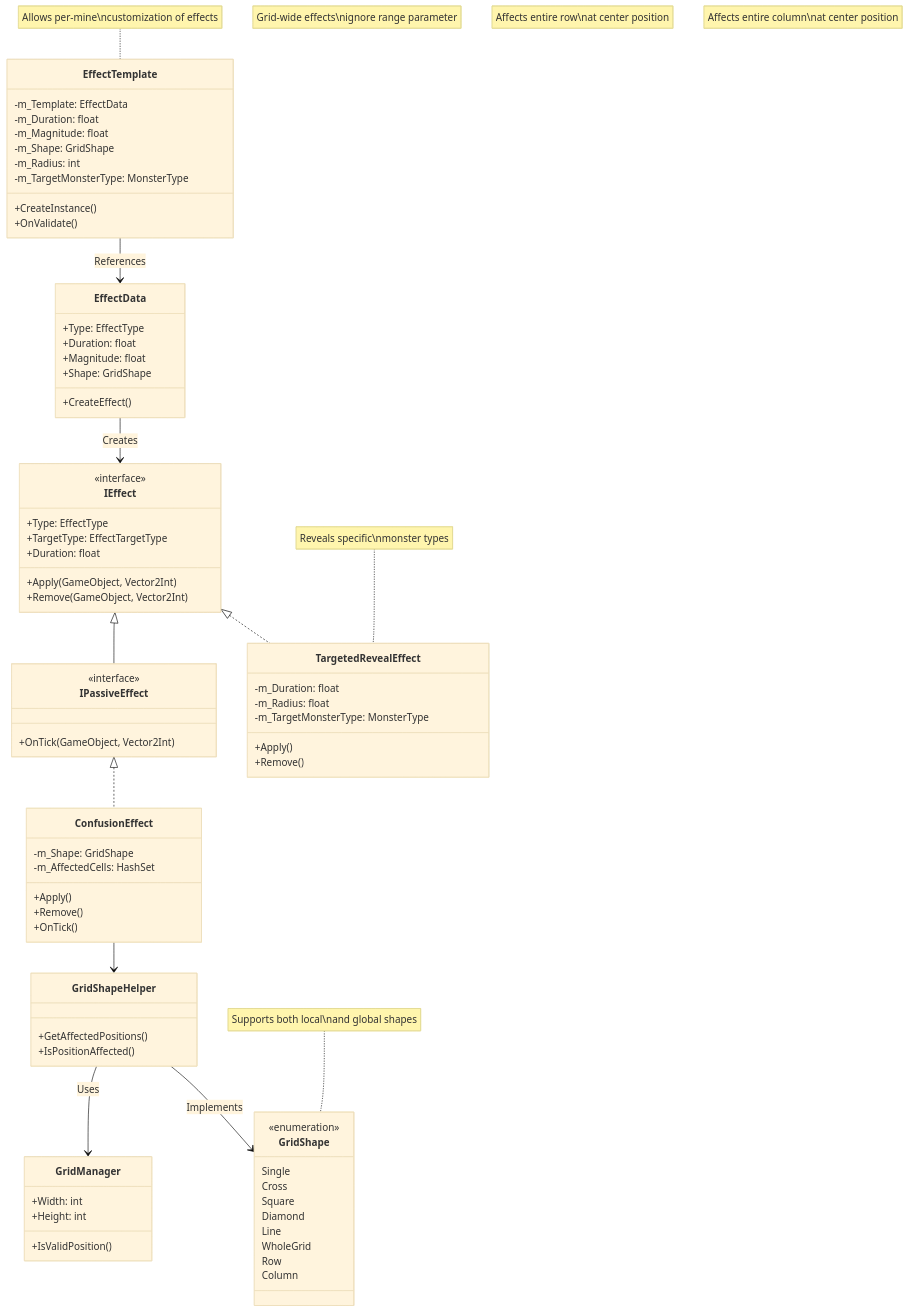
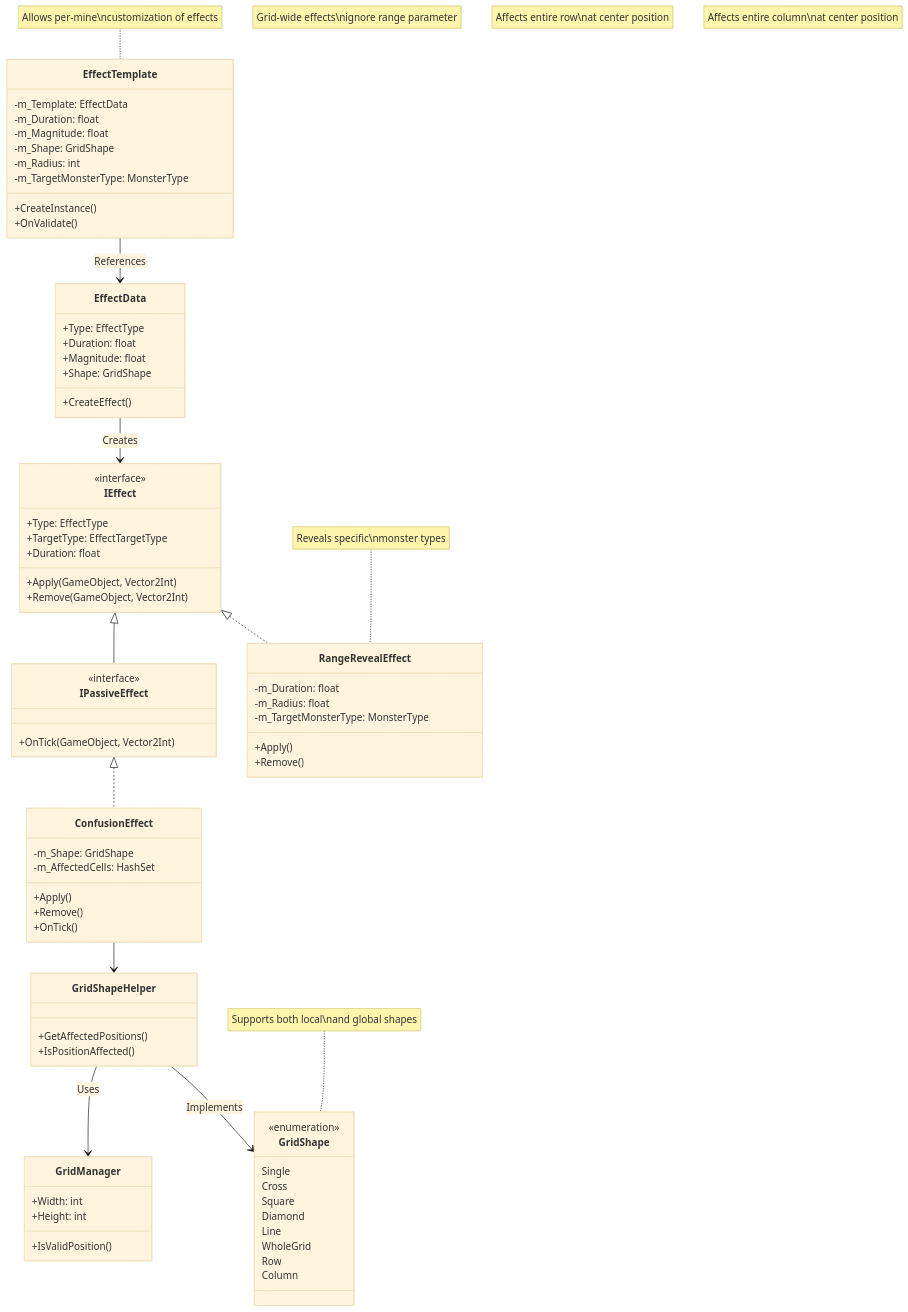
Before and after one commit to Coelancanth/RPGSweeper: the first of 3 diagrams in Assets/Docs/Architecture.md, drawn with Mermaid (base theme). The commit also changed other lines of this file and 29 other files, not shown here.

````diff
--- a/Assets/Docs/Architecture.md
+++ b/Assets/Docs/Architecture.md
@@ -2,80 +2,80 @@
 ```mermaid
 classDiagram
 class IEffect {
 <<interface>>
 +Type: EffectType
 +TargetType: EffectTargetType
 +Duration: float
 +Apply(GameObject, Vector2Int)
 +Remove(GameObject, Vector2Int)
 }
 class IPassiveEffect {
 <<interface>>
 +OnTick(GameObject, Vector2Int)
 }
 class EffectTemplate {
 -m_Template: EffectData
 -m_Duration: float
 -m_Magnitude: float
 -m_Shape: GridShape
 -m_Radius: int
 -m_TargetMonsterType: MonsterType
 +CreateInstance()
 +OnValidate()
 }
 class EffectData {
 +Type: EffectType
 +Duration: float
 +Magnitude: float
 +Shape: GridShape
 +CreateEffect()
 }
 class GridShape {
 <<enumeration>>
 Single
 Cross
 Square
 Diamond
 Line
 WholeGrid
 Row
 Column
 }
 class GridShapeHelper {
 +GetAffectedPositions()
 +IsPositionAffected()
 }
 class GridManager {
 +Width: int
 +Height: int
 +IsValidPosition()
 }
-class TargetedRevealEffect {
+class RangeRevealEffect {
 -m_Duration: float
 -m_Radius: float
 -m_TargetMonsterType: MonsterType
 +Apply()
 +Remove()
 }
 class ConfusionEffect {
 -m_Shape: GridShape
 -m_AffectedCells: HashSet
 +Apply()
 +Remove()
 +OnTick()
 }
 IEffect <|-- IPassiveEffect
 IPassiveEffect <|.. ConfusionEffect
-IEffect <|.. TargetedRevealEffect
+IEffect <|.. RangeRevealEffect
 ConfusionEffect --> GridShapeHelper
 EffectTemplate --> EffectData : References
 EffectData --> IEffect : Creates
 GridShapeHelper --> GridManager : Uses
 GridShapeHelper --> GridShape : Implements
 note for EffectTemplate "Allows per-mine\ncustomization of effects"
-note for TargetedRevealEffect "Reveals specific\nmonster types"
+note for RangeRevealEffect "Reveals specific\nmonster types"
 note for GridShape "Supports both local\nand global shapes"
 note for WholeGrid "Grid-wide effects\nignore range parameter"
 note for Row "Affects entire row\nat center position"
 note for Column "Affects entire column\nat center position"
 ```
````
